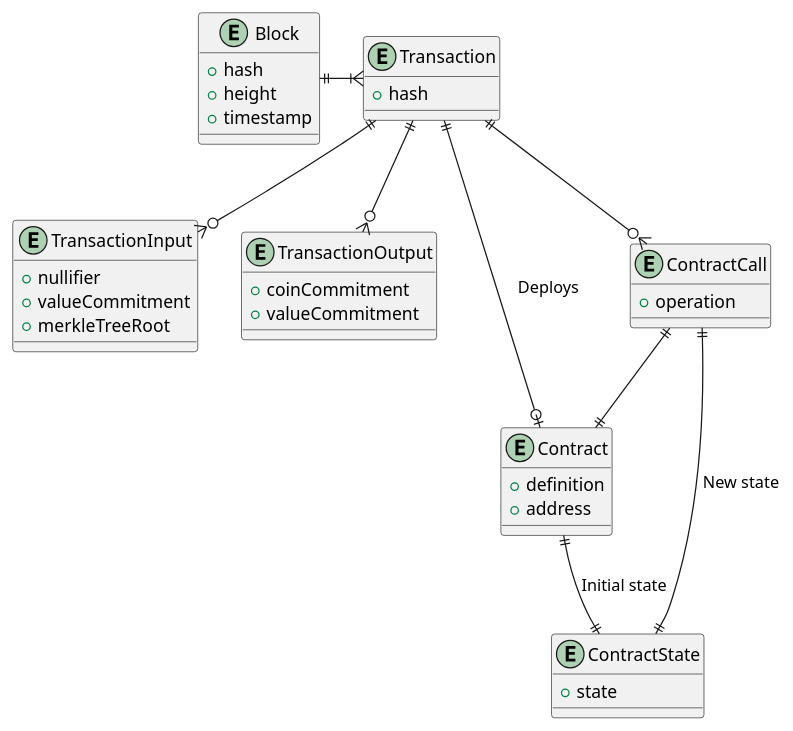
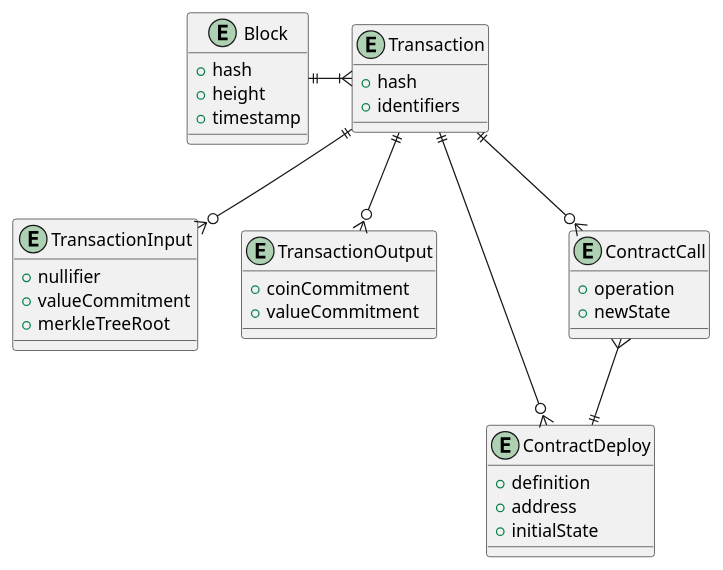
The diagram in components/PubSubIndexer/datamodel.puml (midnightntwrk/midnight-architecture), drawn with PlantUML before and after one commit. The commit also changed 2 other files, not shown here.

```diff
--- a/components/PubSubIndexer/datamodel.puml
+++ b/components/PubSubIndexer/datamodel.puml
@@ -1,49 +1,44 @@
 @startuml
 
 entity Block {
 + hash
 + height
 + timestamp
 }
 
 entity Transaction {
 + hash
++ identifiers
 }
 
 entity TransactionInput {
 + nullifier
 + valueCommitment
 + merkleTreeRoot
 }
 
 entity TransactionOutput {
 + coinCommitment
 + valueCommitment
 }
 
-entity Contract {
+entity ContractDeploy {
 + definition
 + address
++ initialState
 }
 
 entity ContractCall {
 + operation
-}
-
-entity ContractState {
-+ state
++ newState
 }
 
 Block ||-|{ Transaction
 
 Transaction ||--o{ TransactionInput
 Transaction ||--o{ TransactionOutput
-Transaction ||--o| Contract : Deploys
+Transaction ||--o{ ContractDeploy
 Transaction ||--o{ ContractCall
-
-ContractCall ||--|| Contract
-ContractCall ||--|| ContractState : New state
-
-Contract ||--|| ContractState : Initial state
+ContractCall }--|| ContractDeploy
 
 @enduml
```
